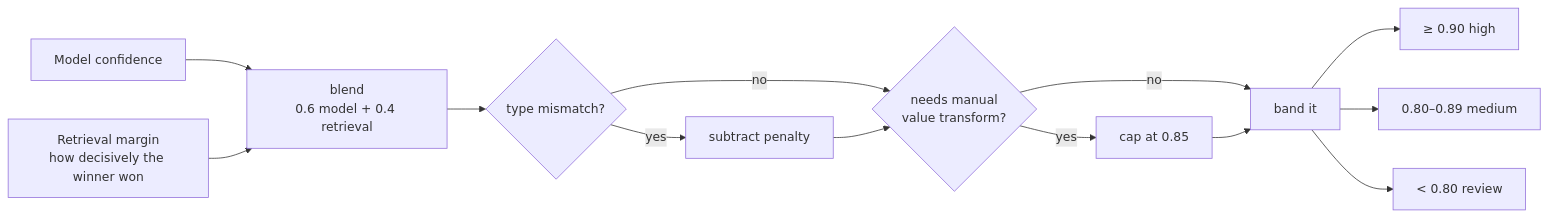
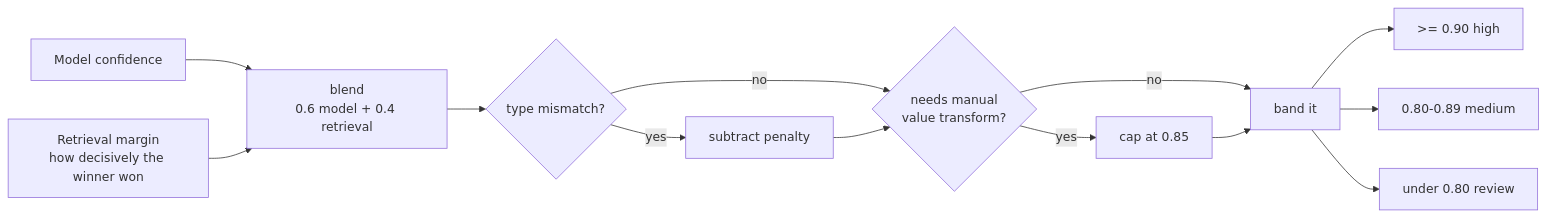
One commit to Raviteja-Ainampudi/schema_field_mapper changed the fourth of 7 diagrams in docs/PIPELINE.md. Above: the diagram before and after it, drawn with Mermaid. The commit also changed other lines of this file and 9 other files, not shown here.

First line of the commit message:
Refactor and enhance documentation for schema mapping tool

````diff
--- a/docs/PIPELINE.md
+++ b/docs/PIPELINE.md
@@ -130,15 +130,15 @@
 ```mermaid
 flowchart LR
     mc["Model confidence"] --> blend["blend<br/>0.6 model + 0.4 retrieval"]
     margin["Retrieval margin<br/>how decisively the winner won"] --> blend
     blend --> pen{"type mismatch?"}
     pen -->|"yes"| sub["subtract penalty"]
     pen -->|"no"| cap
     sub --> cap{"needs manual<br/>value transform?"}
     cap -->|"yes"| clamp["cap at 0.85"]
     cap -->|"no"| band
     clamp --> band["band it"]
-    band --> high["≥ 0.90 high"]
-    band --> med["0.80–0.89 medium"]
-    band --> low["< 0.80 review"]
+    band --> high[">= 0.90 high"]
+    band --> med["0.80-0.89 medium"]
+    band --> low["under 0.80 review"]
 ```
````
